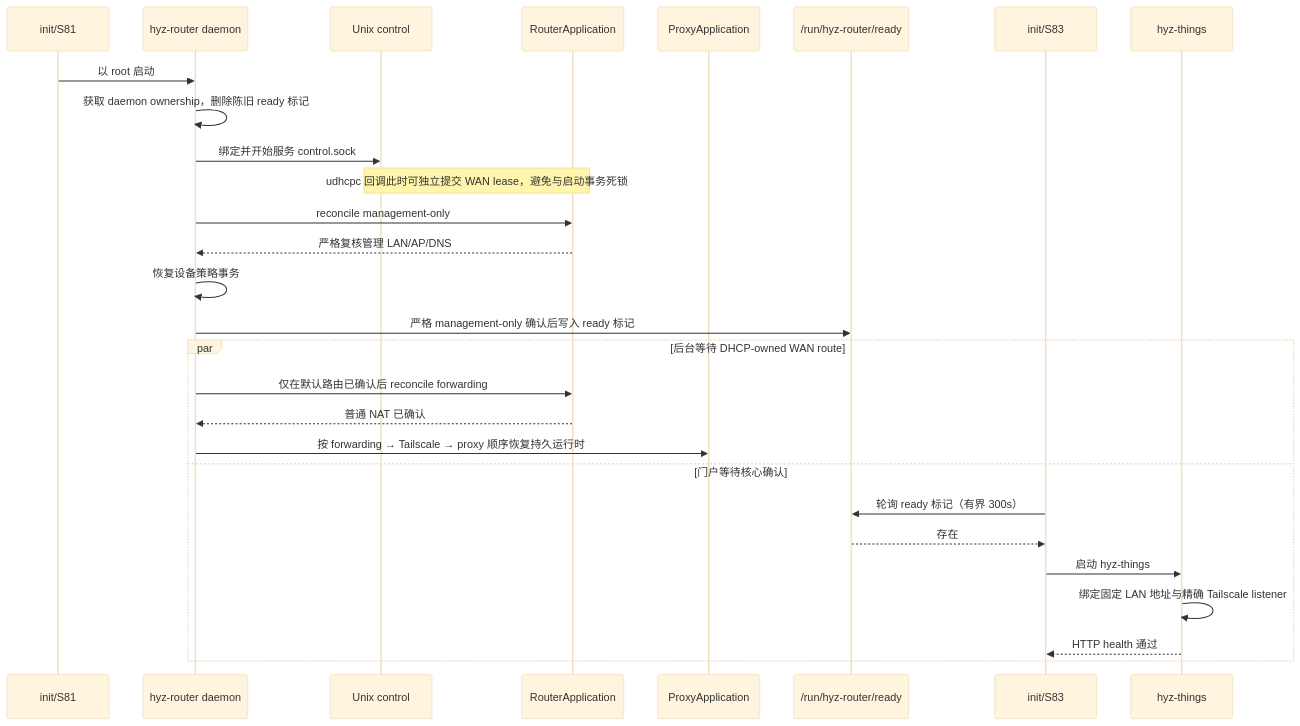
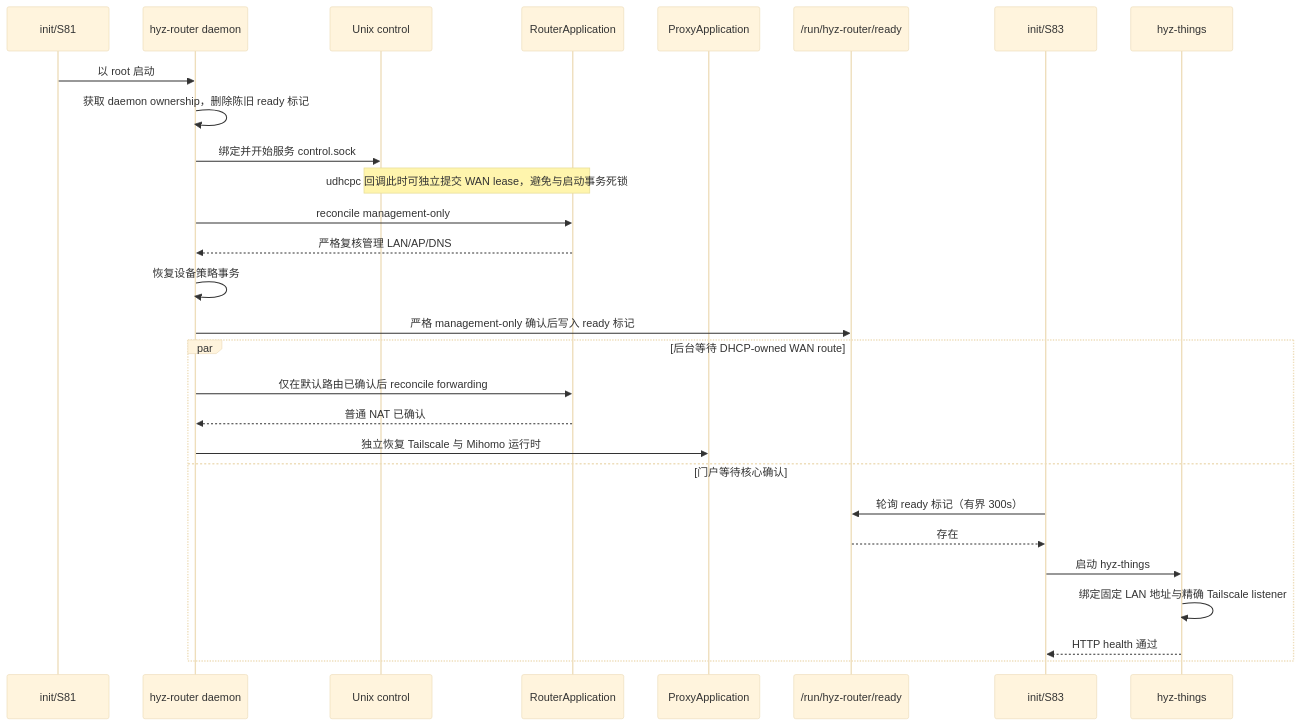
The third of 3 diagrams in docs/architecture.md (hyz-rk3568-sdk/hyz-things), drawn with Mermaid (base theme) before and after one commit. The commit also changed other lines of this file and 26 other files, not shown here.

Commit message:
feat(proxy): migrate tailscale toggle to local system proxy

````diff
--- a/docs/architecture.md
+++ b/docs/architecture.md
@@ -216,31 +216,31 @@
 ```mermaid
 sequenceDiagram
     participant InitR as init/S81
     participant Daemon as hyz-router daemon
     participant Control as Unix control
     participant Network as RouterApplication
     participant Proxy as ProxyApplication
     participant Marker as /run/hyz-router/ready
     participant InitT as init/S83
     participant Portal as hyz-things
 
     InitR->>Daemon: 以 root 启动
     Daemon->>Daemon: 获取 daemon ownership，删除陈旧 ready 标记
     Daemon->>Control: 绑定并开始服务 control.sock
     Note over Control,Network: udhcpc 回调此时可独立提交 WAN lease，避免与启动事务死锁
     Daemon->>Network: reconcile management-only
     Network-->>Daemon: 严格复核管理 LAN/AP/DNS
     Daemon->>Daemon: 恢复设备策略事务
     Daemon->>Marker: 严格 management-only 确认后写入 ready 标记
     par 后台等待 DHCP-owned WAN route
         Daemon->>Network: 仅在默认路由已确认后 reconcile forwarding
         Network-->>Daemon: 普通 NAT 已确认
-        Daemon->>Proxy: 按 forwarding → Tailscale → proxy 顺序恢复持久运行时
+        Daemon->>Proxy: 独立恢复 Tailscale 与 Mihomo 运行时
     and 门户等待核心确认
         InitT->>Marker: 轮询 ready 标记（有界 300s）
         Marker-->>InitT: 存在
         InitT->>Portal: 启动 hyz-things
         Portal->>Portal: 绑定固定 LAN 地址与精确 Tailscale listener
         Portal-->>InitT: HTTP health 通过
     end
 ```
````
